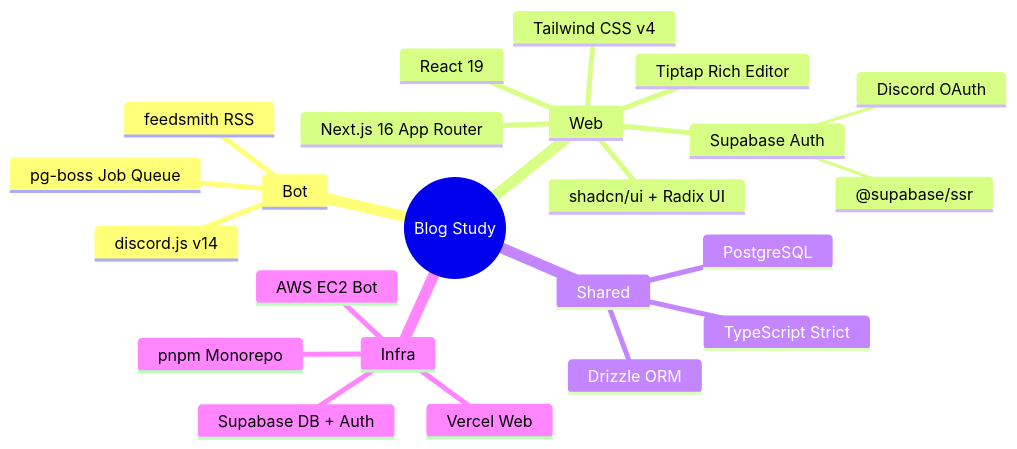
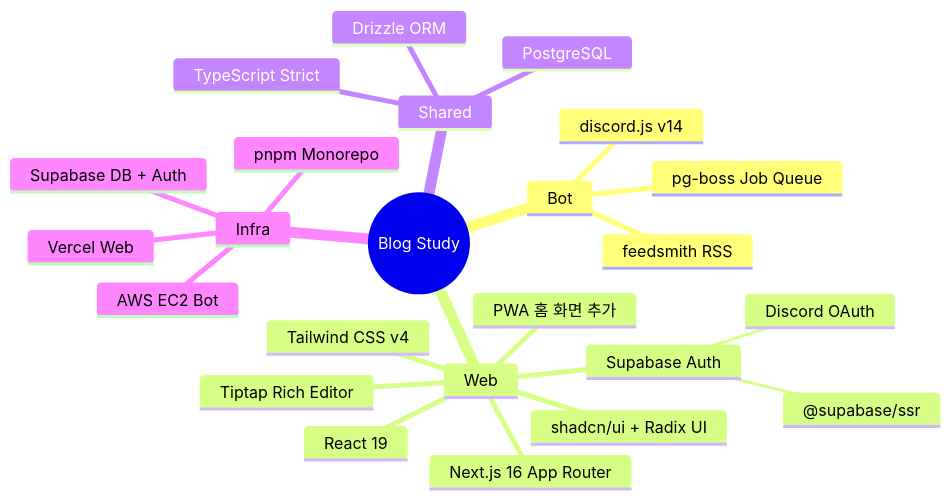
One commit to bbbang105/study-admin changed the second of 9 diagrams in docs/ARCHITECTURE.md. Above: the diagram before and after it, drawn with Mermaid. The commit also changed other lines of this file and 9 other files, not shown here.

````diff
--- a/docs/ARCHITECTURE.md
+++ b/docs/ARCHITECTURE.md
@@ -52,26 +53,27 @@
 ```mermaid
 mindmap
   root((Blog Study))
     Bot
       discord.js v14
       pg-boss Job Queue
       feedsmith RSS
     Web
       Next.js 16 App Router
       React 19
       Tailwind CSS v4
       shadcn/ui + Radix UI
       Tiptap Rich Editor
+      PWA 홈 화면 추가
       Supabase Auth
         Discord OAuth
         @supabase/ssr
     Shared
       Drizzle ORM
       PostgreSQL
       TypeScript Strict
     Infra
       Supabase DB + Auth
       Vercel Web
       AWS EC2 Bot
       pnpm Monorepo
 ```
````
